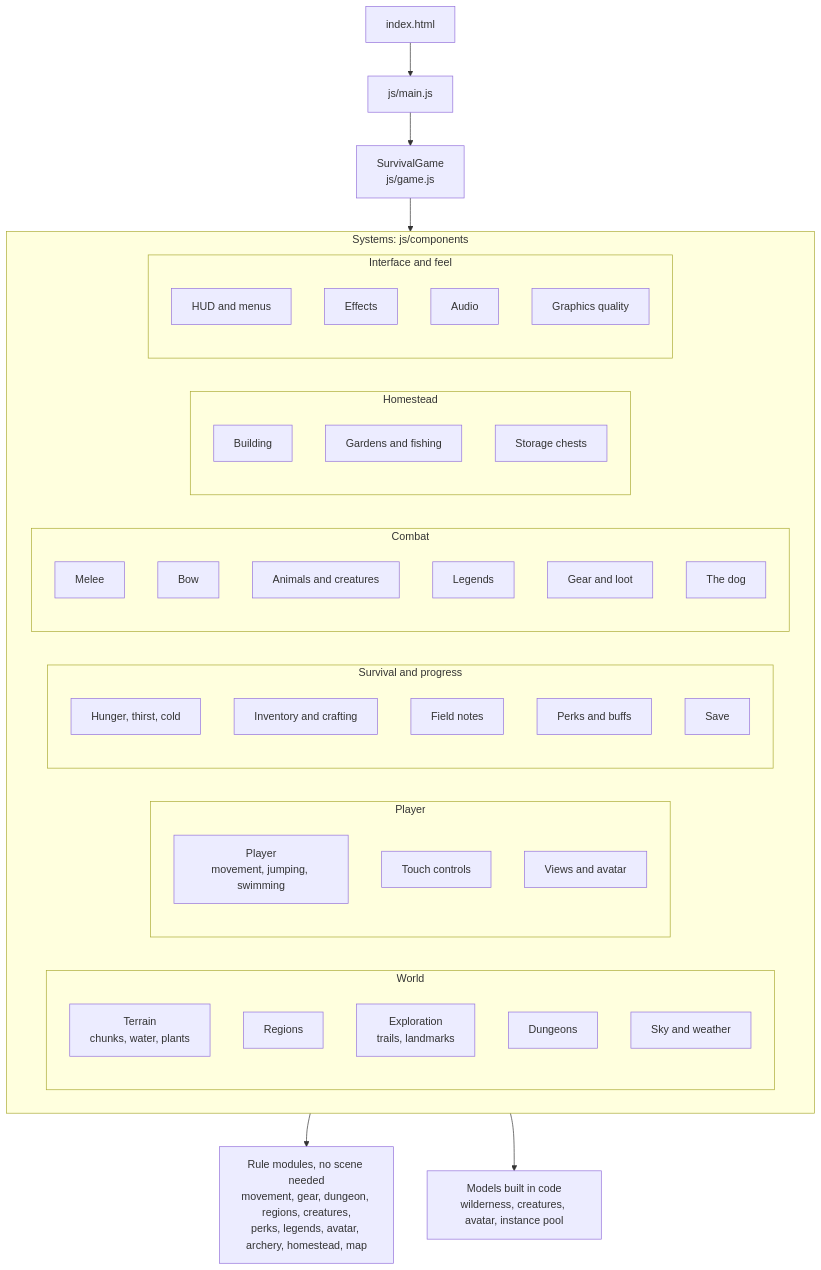
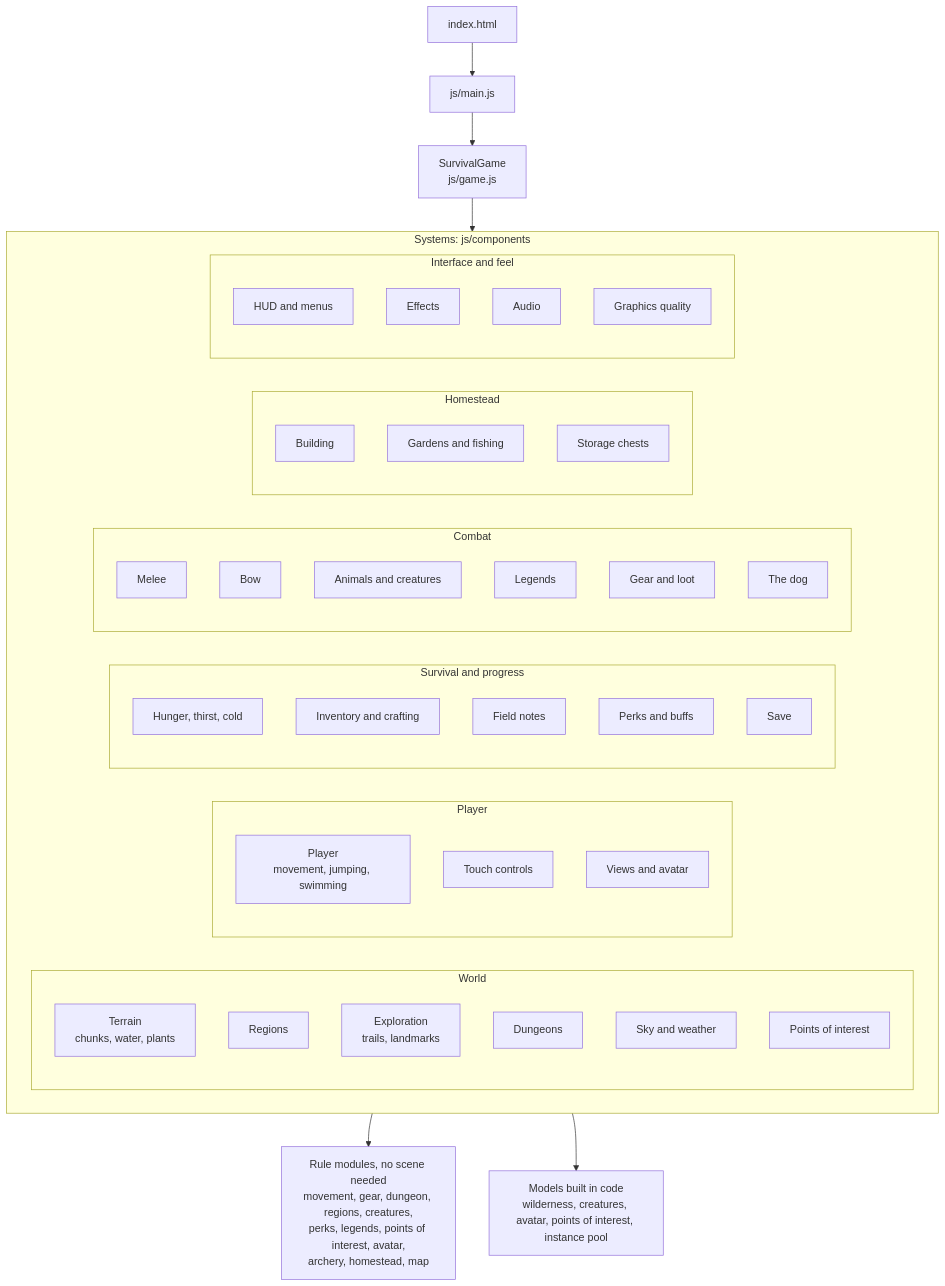
Before and after one commit to CptNope/Survival-Game: the third of 5 diagrams in README.md, drawn with Mermaid. The commit also changed other lines of this file and 14 other files, not shown here.

First line of the commit message:
Add points of interest: watchtowers, waystones, dens and havens

````diff
--- a/README.md
+++ b/README.md
@@ -321,60 +335,61 @@
 ```mermaid
 flowchart TD
     index["index.html"] --> main["js/main.js"] --> game["SurvivalGame<br/>js/game.js"]
 
     game --> systems
 
     subgraph systems["Systems: js/components"]
         direction LR
         subgraph world["World"]
             terrain["Terrain<br/>chunks, water, plants"]
             regions["Regions"]
             exploration["Exploration<br/>trails, landmarks"]
             dungeon["Dungeons"]
             sky["Sky and weather"]
+            pois["Points of interest"]
         end
 
         subgraph player["Player"]
             playersys["Player<br/>movement, jumping, swimming"]
             touch["Touch controls"]
             view["Views and avatar"]
         end
 
         subgraph life["Survival and progress"]
             survival["Hunger, thirst, cold"]
             inventory["Inventory and crafting"]
             progression["Field notes"]
             perks["Perks and buffs"]
             save["Save"]
         end
 
         subgraph fight["Combat"]
             combat["Melee"]
             archery["Bow"]
             animals["Animals and creatures"]
             legends["Legends"]
             gear["Gear and loot"]
             companion["The dog"]
         end
 
         subgraph home["Homestead"]
             building["Building"]
             gardens["Gardens and fishing"]
             storage["Storage chests"]
         end
 
         subgraph face["Interface and feel"]
             ui["HUD and menus"]
             effects["Effects"]
             audio["Audio"]
             quality["Graphics quality"]
         end
 
     end
 
     systems --> rules
     systems --> models
 
-    rules["Rule modules, no scene needed<br/>movement, gear, dungeon, regions, creatures,<br/>perks, legends, avatar, archery, homestead, map"]
-    models["Models built in code<br/>wilderness, creatures, avatar, instance pool"]
+    rules["Rule modules, no scene needed<br/>movement, gear, dungeon, regions, creatures,<br/>perks, legends, points of interest, avatar,<br/>archery, homestead, map"]
+    models["Models built in code<br/>wilderness, creatures, avatar, points of interest, instance pool"]
 ```
````
